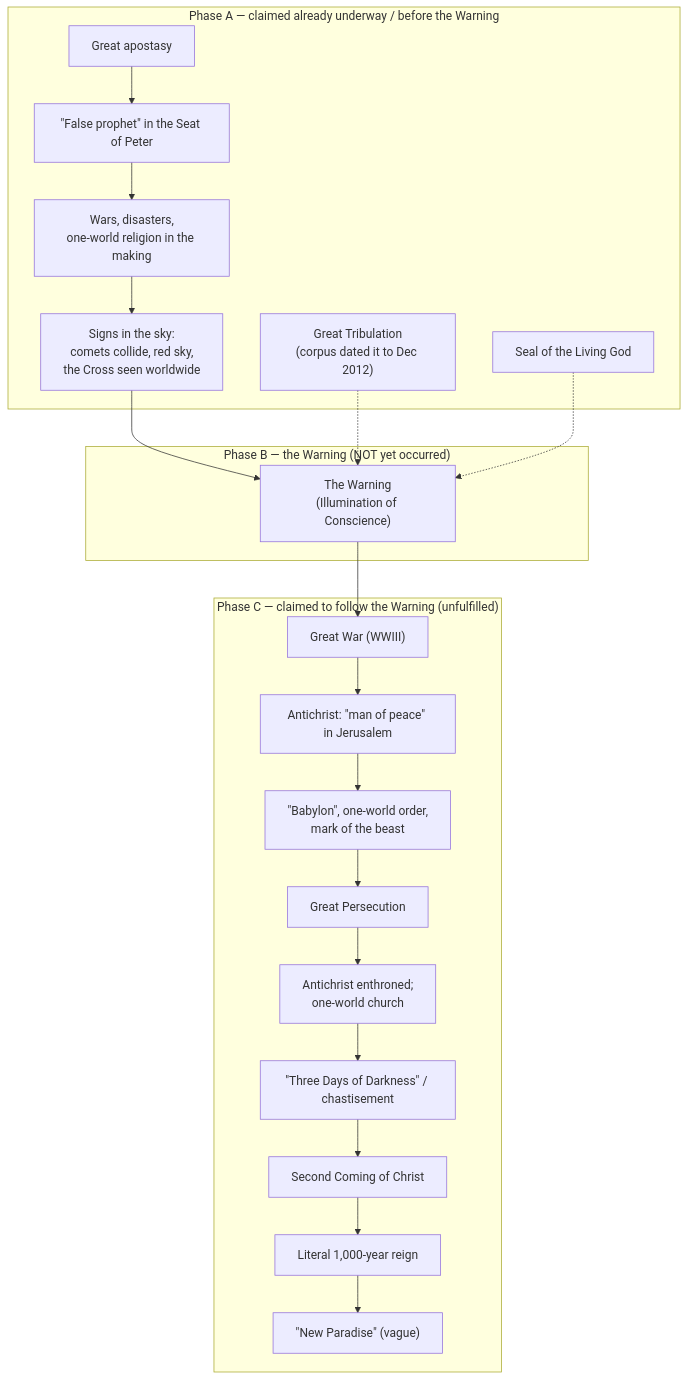
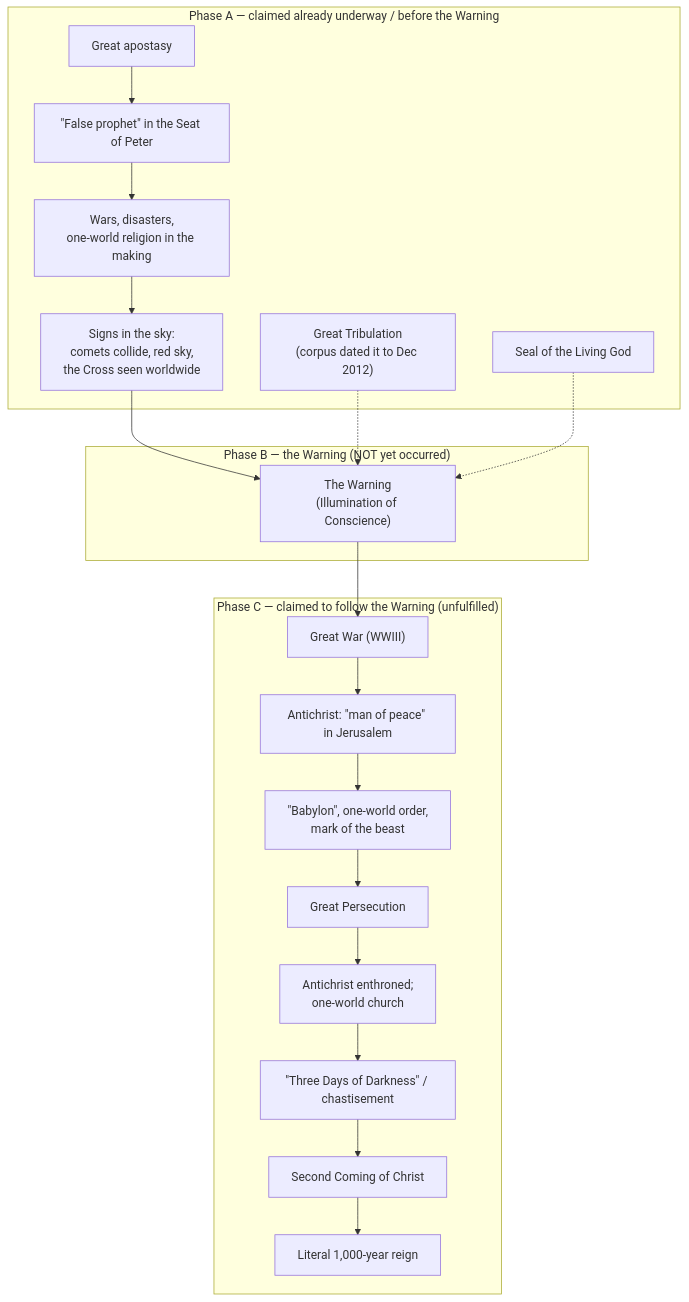
Before and after one commit to tugudush/catholic-readings: the diagram in book-of-truth/end-times-event-sequence.md, drawn with Mermaid. The commit also changed other lines of this file and 6 other files, not shown here.

````diff
--- a/book-of-truth/end-times-event-sequence.md
+++ b/book-of-truth/end-times-event-sequence.md
@@ -57,29 +56,28 @@
 ```mermaid
 flowchart TD
     subgraph PA["Phase A — claimed already underway / before the Warning"]
         A1["Great apostasy"]
         A2["&quot;False prophet&quot; in the Seat of Peter"]
         A3["Great Tribulation<br/>(corpus dated it to Dec 2012)"]
         A4["Wars, disasters,<br/>one-world religion in the making"]
         A5["Seal of the Living God"]
         A6["Signs in the sky:<br/>comets collide, red sky,<br/>the Cross seen worldwide"]
     end
     subgraph PB["Phase B — the Warning (NOT yet occurred)"]
         B1["The Warning<br/>(Illumination of Conscience)"]
     end
     subgraph PC["Phase C — claimed to follow the Warning (unfulfilled)"]
         C1["Great War (WWIII)"]
         C2["Antichrist: &quot;man of peace&quot; in Jerusalem"]
         C3["&quot;Babylon&quot;, one-world order,<br/>mark of the beast"]
         C4["Great Persecution"]
         C5["Antichrist enthroned;<br/>one-world church"]
         C6["&quot;Three Days of Darkness&quot; / chastisement"]
         C7["Second Coming of Christ"]
         C8["Literal 1,000-year reign"]
-        C9["&quot;New Paradise&quot; (vague)"]
     end
     A1 --> A2 --> A4 --> A6 --> B1
     A3 -.-> B1
     A5 -.-> B1
-    B1 --> C1 --> C2 --> C3 --> C4 --> C5 --> C6 --> C7 --> C8 --> C9
+    B1 --> C1 --> C2 --> C3 --> C4 --> C5 --> C6 --> C7 --> C8
 ```
````
